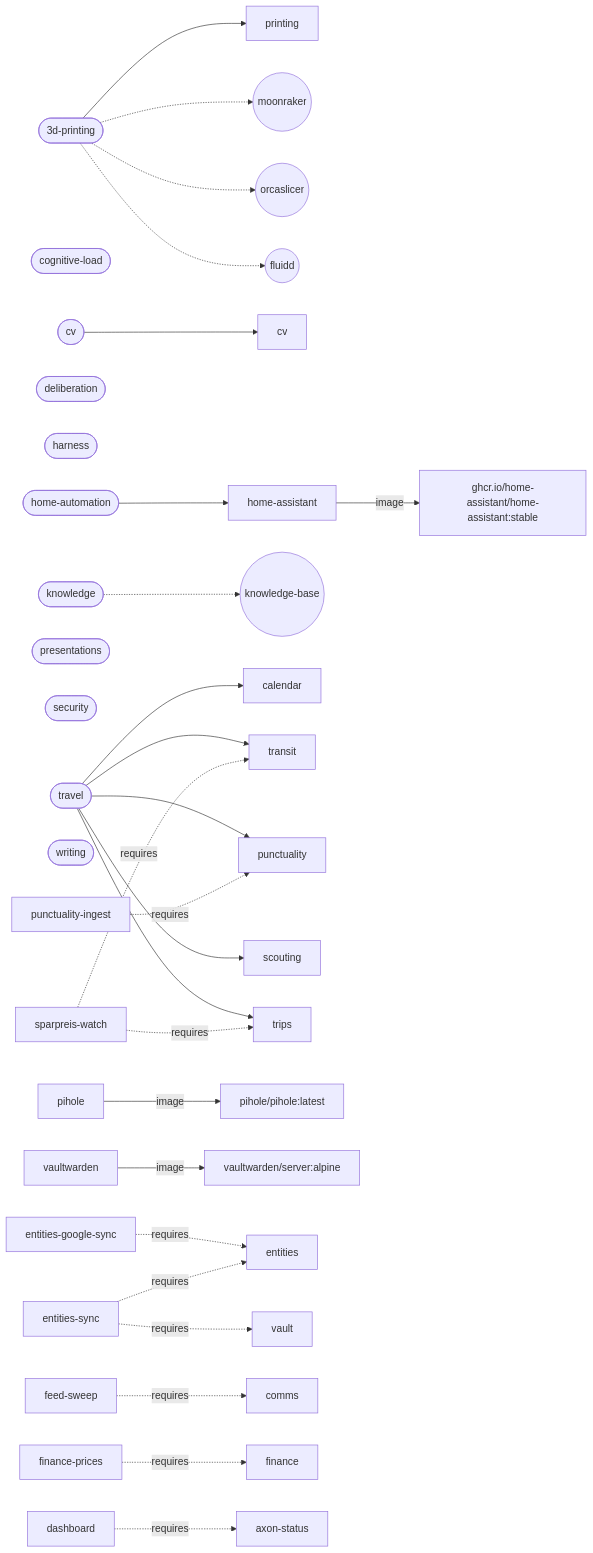
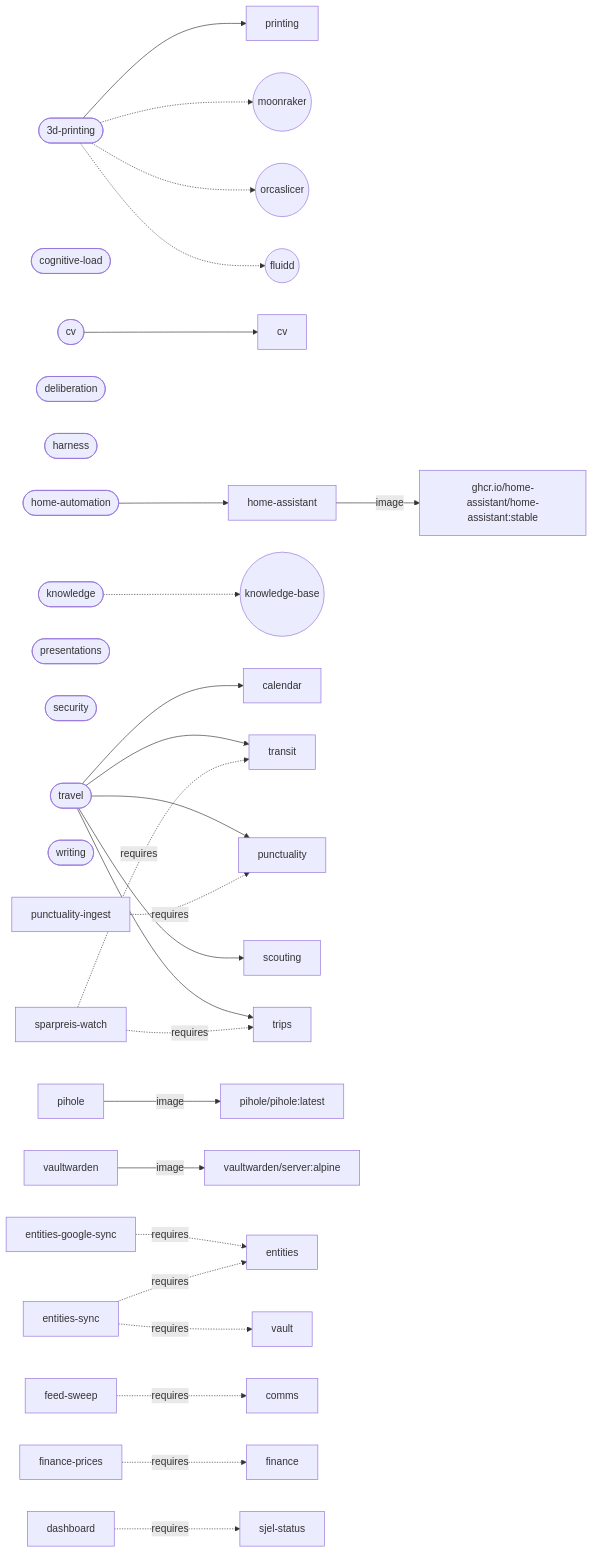
One commit to larsboes/Sjel changed the diagram in ARCHITECTURE.md. Above: the diagram before and after it, drawn with Mermaid. The commit also changed other lines of this file and 97 other files, not shown here.

First line of the commit message:
sjel-status: the shell's new name, and its old paths still answer

````diff
--- a/ARCHITECTURE.md
+++ b/ARCHITECTURE.md
@@ -153,38 +153,38 @@
 ```mermaid
 flowchart LR
   pack_3d_printing(["3d-printing"])
   pack_3d_printing --> cap_printing["printing"]
   pack_3d_printing -.-> sys_moonraker(("moonraker"))
   pack_3d_printing -.-> sys_orcaslicer(("orcaslicer"))
   pack_3d_printing -.-> sys_fluidd(("fluidd"))
   pack_cognitive_load(["cognitive-load"])
   pack_cv(["cv"])
   pack_cv --> cap_cv["cv"]
   pack_deliberation(["deliberation"])
   pack_harness(["harness"])
   pack_home_automation(["home-automation"])
   pack_home_automation --> cap_home_assistant["home-assistant"]
   pack_knowledge(["knowledge"])
   pack_knowledge -.-> sys_knowledge_base(("knowledge-base"))
   pack_presentations(["presentations"])
   pack_security(["security"])
   pack_travel(["travel"])
   pack_travel --> cap_calendar["calendar"]
   pack_travel --> cap_transit["transit"]
   pack_travel --> cap_punctuality["punctuality"]
   pack_travel --> cap_scouting["scouting"]
   pack_travel --> cap_trips["trips"]
   pack_writing(["writing"])
   cap_home_assistant["home-assistant"] -->|image| img_ghcr_io_home_assistant_home_assistant["ghcr.io/home-assistant/home-assistant:stable"]
   cap_pihole["pihole"] -->|image| img_pihole_pihole["pihole/pihole:latest"]
   cap_vaultwarden["vaultwarden"] -->|image| img_vaultwarden_server["vaultwarden/server:alpine"]
   cap_entities_google_sync["entities-google-sync"] -.->|requires| cap_entities["entities"]
   cap_entities_sync["entities-sync"] -.->|requires| cap_vault["vault"]
   cap_entities_sync["entities-sync"] -.->|requires| cap_entities["entities"]
   cap_feed_sweep["feed-sweep"] -.->|requires| cap_comms["comms"]
   cap_finance_prices["finance-prices"] -.->|requires| cap_finance["finance"]
   cap_punctuality_ingest["punctuality-ingest"] -.->|requires| cap_punctuality["punctuality"]
   cap_sparpreis_watch["sparpreis-watch"] -.->|requires| cap_transit["transit"]
   cap_sparpreis_watch["sparpreis-watch"] -.->|requires| cap_trips["trips"]
-  cap_dashboard["dashboard"] -.->|requires| cap_axon_status["axon-status"]
+  cap_dashboard["dashboard"] -.->|requires| cap_sjel_status["sjel-status"]
 ```
````
